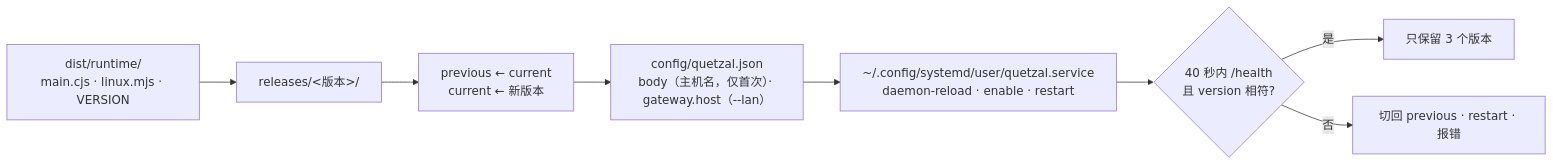
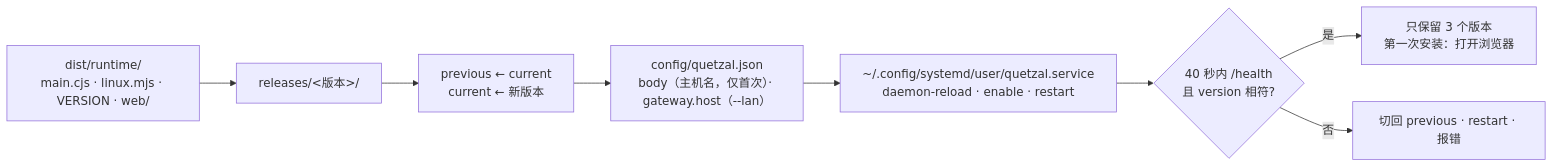
The diagram in cli/docs/ARCHITECTURE.md (Causally-XYZ/Project.Quetzal), drawn with Mermaid before and after one commit. The commit also changed other lines of this file and 13 other files, not shown here.

````diff
--- a/cli/docs/ARCHITECTURE.md
+++ b/cli/docs/ARCHITECTURE.md
@@ -20,10 +20,10 @@
 ```mermaid
 flowchart LR
-  A["dist/runtime/<br/>main.cjs · linux.mjs · VERSION"] --> B["releases/<版本>/"]
+  A["dist/runtime/<br/>main.cjs · linux.mjs · VERSION · web/"] --> B["releases/<版本>/"]
   B --> C["previous ← current<br/>current ← 新版本"]
   C --> D["config/quetzal.json<br/>body（主机名，仅首次）· gateway.host（--lan）"]
   D --> E["~/.config/systemd/user/quetzal.service<br/>daemon-reload · enable · restart"]
   E --> F{"40 秒内 /health<br/>且 version 相符?"}
-  F -- 是 --> G["只保留 3 个版本"]
+  F -- 是 --> G["只保留 3 个版本<br/>第一次安装：打开浏览器"]
   F -- 否 --> H["切回 previous · restart · 报错"]
 ```
````
